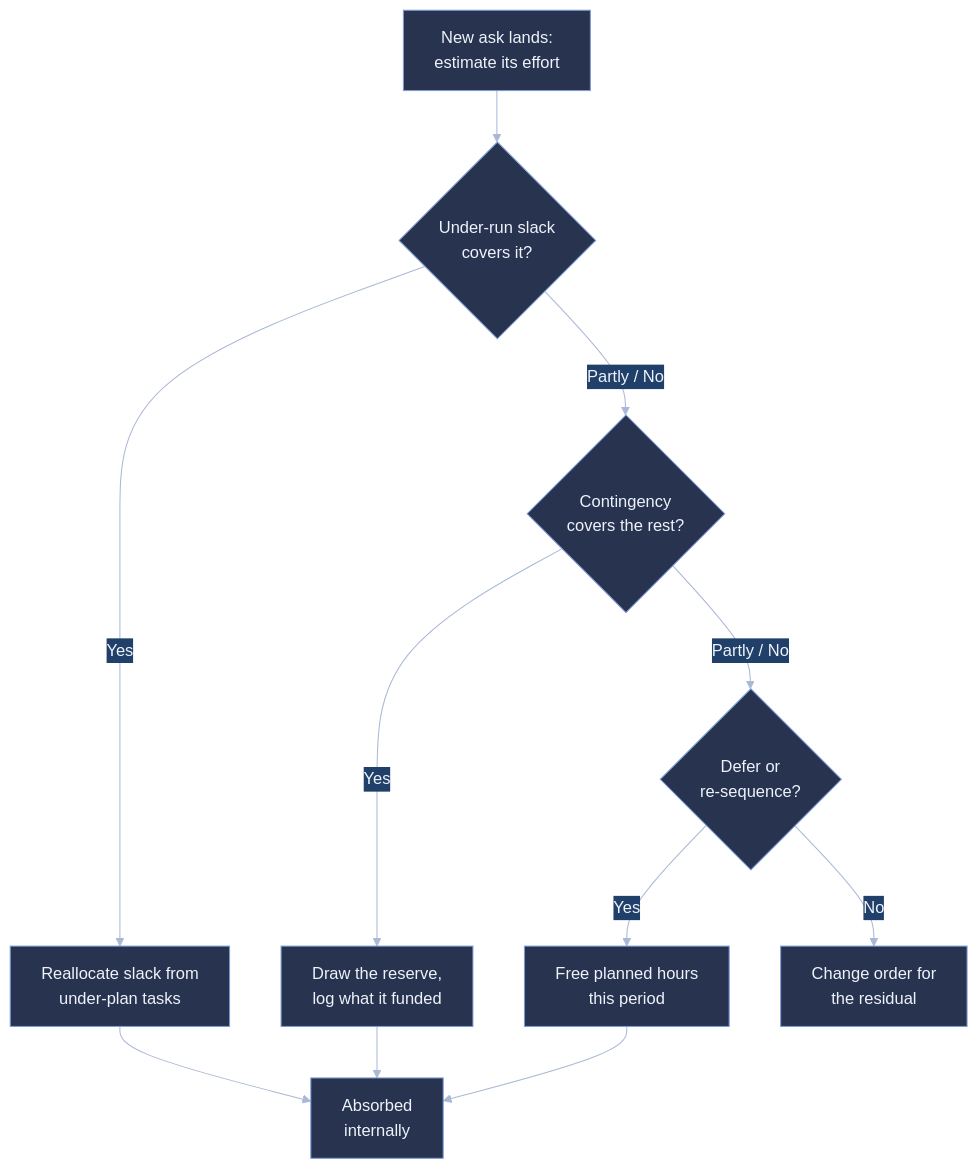
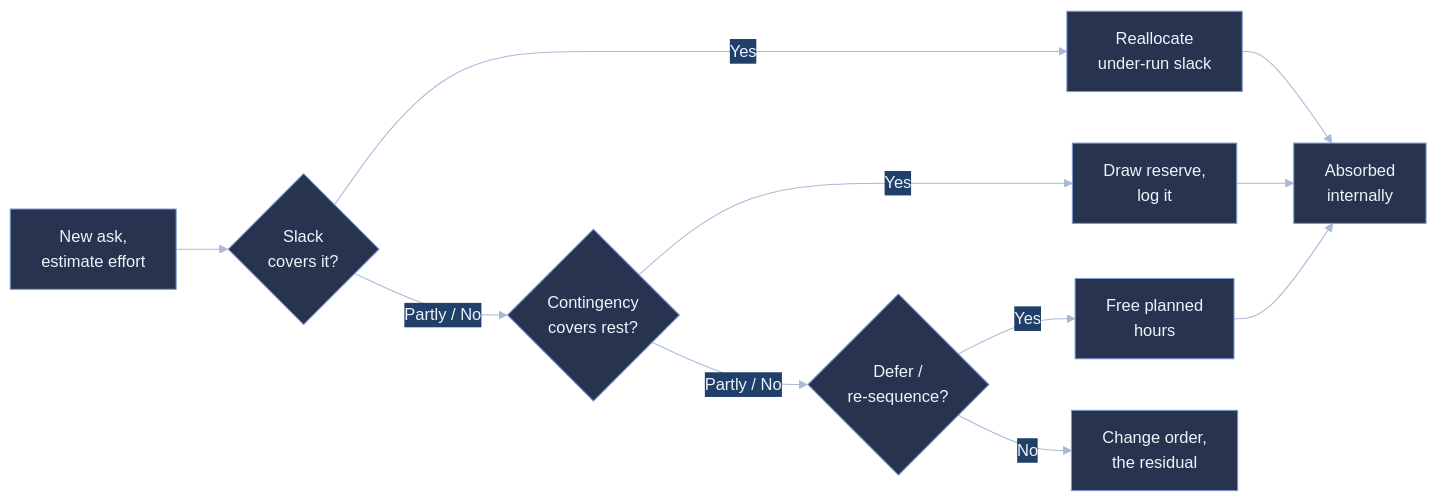
One commit to patrickiben/biometrics-ai-portfolio changed the first of 2 diagrams in budget_reconciliation/quarto/hours-guide.qmd. Above: the diagram before and after it, drawn with Mermaid. The commit also changed other lines of this file and 8 other files, not shown here.

````diff
--- a/budget_reconciliation/quarto/hours-guide.qmd
+++ b/budget_reconciliation/quarto/hours-guide.qmd
@@ -55,14 +55,14 @@
 ```{mermaid}
-%%{init: {'theme':'base','themeVariables':{'primaryColor':'#28344f','primaryTextColor':'#eef2fb','primaryBorderColor':'#7d9bd6','lineColor':'#aab8d6','clusterBkg':'#161d33','clusterBorder':'#3a476a','tertiaryColor':'#20406a','tertiaryTextColor':'#eef2fb','tertiaryBorderColor':'#7d9bd6','secondaryColor':'#20406a','secondaryTextColor':'#eef2fb'}}}%%
-flowchart TD
-  ASK["New ask lands:<br/>estimate its effort"] --> SLACK{"Under-run slack<br/>covers it?"}
-  SLACK -->|Yes| REALLOC["Reallocate slack from<br/>under-plan tasks"]
-  SLACK -->|Partly / No| CONT{"Contingency<br/>covers the rest?"}
-  CONT -->|Yes| DRAW["Draw the reserve,<br/>log what it funded"]
-  CONT -->|Partly / No| DEFER{"Defer or<br/>re-sequence?"}
-  DEFER -->|Yes| RESEQ["Free planned hours<br/>this period"]
-  DEFER -->|No| CO["Change order for<br/>the residual"]
+%%{init: {'theme':'base','themeVariables':{'primaryColor':'#28344f','primaryTextColor':'#eef2fb','primaryBorderColor':'#7d9bd6','lineColor':'#aab8d6','tertiaryColor':'#20406a','tertiaryTextColor':'#eef2fb','tertiaryBorderColor':'#7d9bd6','secondaryColor':'#20406a','secondaryTextColor':'#eef2fb'}}}%%
+flowchart LR
+  ASK["New ask,<br/>estimate effort"] --> SLACK{"Slack<br/>covers it?"}
+  SLACK -->|Yes| REALLOC["Reallocate<br/>under-run slack"]
+  SLACK -->|"Partly / No"| CONT{"Contingency<br/>covers rest?"}
+  CONT -->|Yes| DRAW["Draw reserve,<br/>log it"]
+  CONT -->|"Partly / No"| DEFER{"Defer /<br/>re-sequence?"}
+  DEFER -->|Yes| RESEQ["Free planned<br/>hours"]
+  DEFER -->|No| CO["Change order,<br/>the residual"]
   REALLOC --> ABS["Absorbed<br/>internally"]
   DRAW --> ABS
   RESEQ --> ABS
 ```
````
